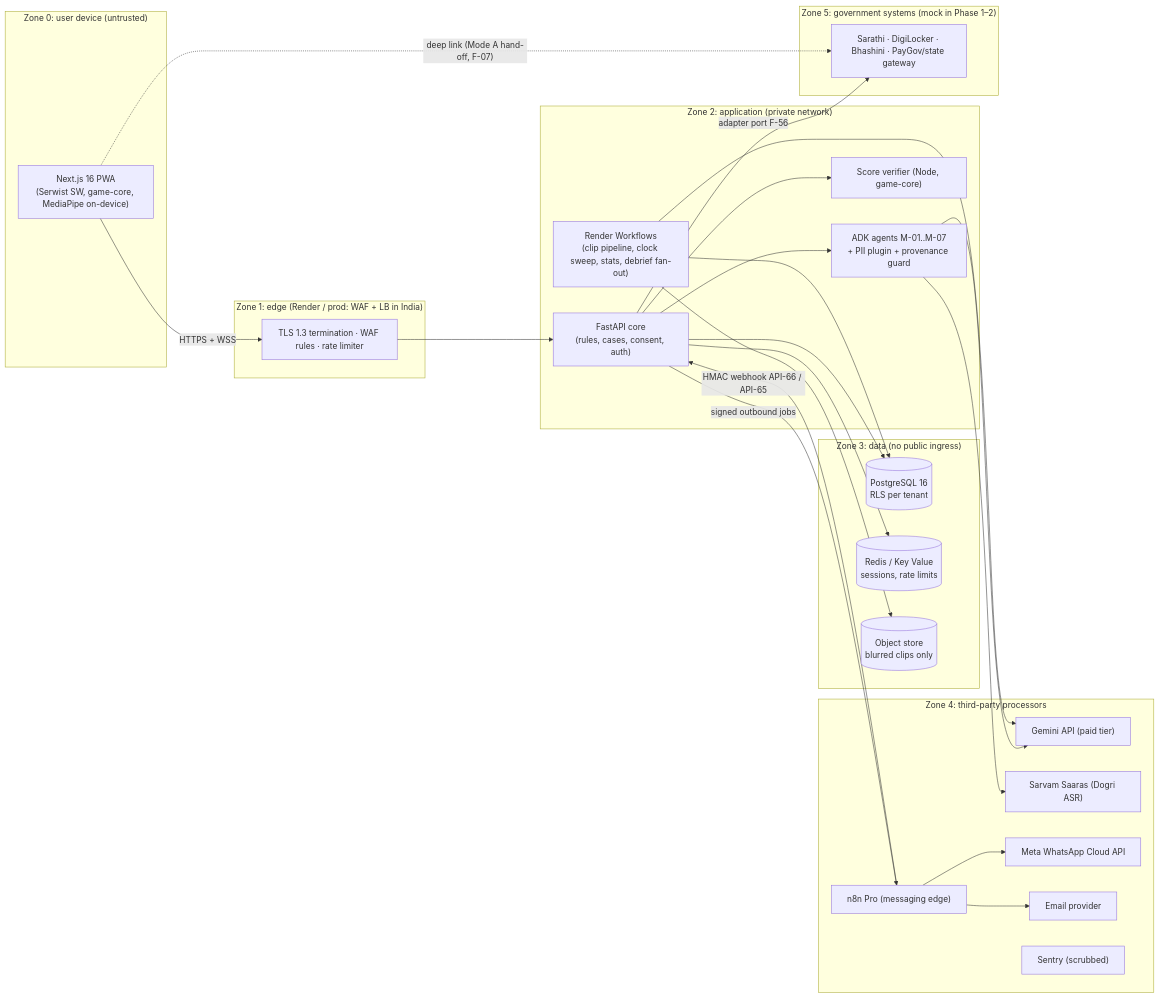
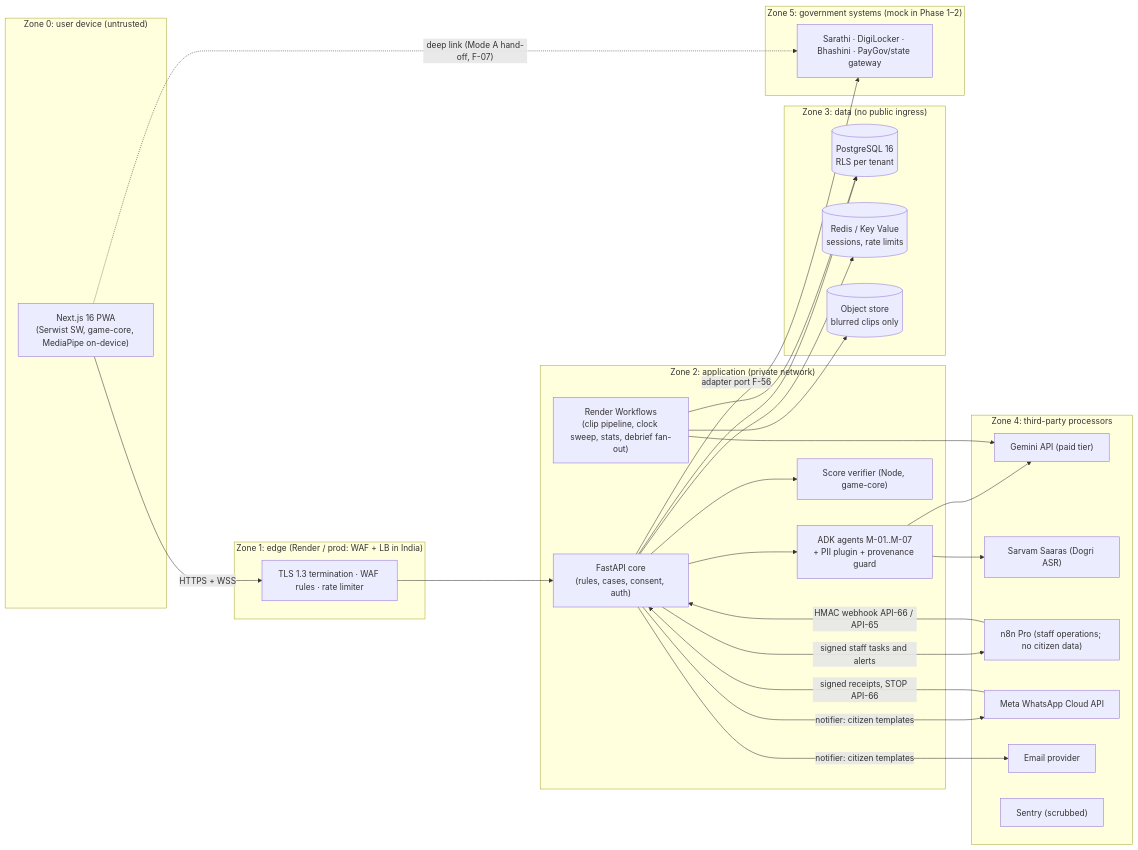
One commit to sruj08/margadarshak changed the first of 2 diagrams in docs/06-security-compliance/SECURITY_ARCHITECTURE.md. Above: the diagram before and after it, drawn with Mermaid. The commit also changed other lines of this file and 60 other files, not shown here.

````diff
--- a/docs/06-security-compliance/SECURITY_ARCHITECTURE.md
+++ b/docs/06-security-compliance/SECURITY_ARCHITECTURE.md
@@ -40,41 +40,43 @@
 ```mermaid
 flowchart LR
   subgraph Z0["Zone 0: user device (untrusted)"]
     PWA["Next.js 16 PWA<br/>(Serwist SW, game-core, MediaPipe on-device)"]
   end
   subgraph Z1["Zone 1: edge (Render / prod: WAF + LB in India)"]
     EDGE["TLS 1.3 termination · WAF rules · rate limiter"]
   end
   subgraph Z2["Zone 2: application (private network)"]
     API["FastAPI core<br/>(rules, cases, consent, auth)"]
     ADK["ADK agents M-01..M-07<br/>+ PII plugin + provenance guard"]
     SV["Score verifier (Node, game-core)"]
     WF["Render Workflows<br/>(clip pipeline, clock sweep, stats, debrief fan-out)"]
   end
   subgraph Z3["Zone 3: data (no public ingress)"]
     PG[("PostgreSQL 16<br/>RLS per tenant")]
     RD[("Redis / Key Value<br/>sessions, rate limits")]
     R2[("Object store<br/>blurred clips only")]
   end
   subgraph Z4["Zone 4: third-party processors"]
     GEM["Gemini API (paid tier)"]
     SAR["Sarvam Saaras (Dogri ASR)"]
-    N8N["n8n Pro (messaging edge)"]
+    N8N["n8n Pro (staff operations; no citizen data)"]
     WA["Meta WhatsApp Cloud API"]
     MAIL["Email provider"]
     SEN["Sentry (scrubbed)"]
   end
   subgraph Z5["Zone 5: government systems (mock in Phase 1–2)"]
     GOV["Sarathi · DigiLocker · Bhashini · PayGov/state gateway"]
   end
   PWA -->|HTTPS + WSS| EDGE --> API
   API --> ADK --> GEM
   ADK --> SAR
   API --> SV
   API --> PG & RD
   WF --> PG & R2 & GEM
   N8N -->|HMAC webhook API-66 / API-65| API
-  API -->|signed outbound jobs| N8N --> WA & MAIL
+  API -->|signed staff tasks and alerts| N8N
+  API -->|notifier: citizen templates| WA & MAIL
+  WA -->|signed receipts, STOP API-66| API
   API -->|adapter port F-56| GOV
   PWA -. "deep link (Mode A hand-off, F-07)" .-> GOV
 ```
````
